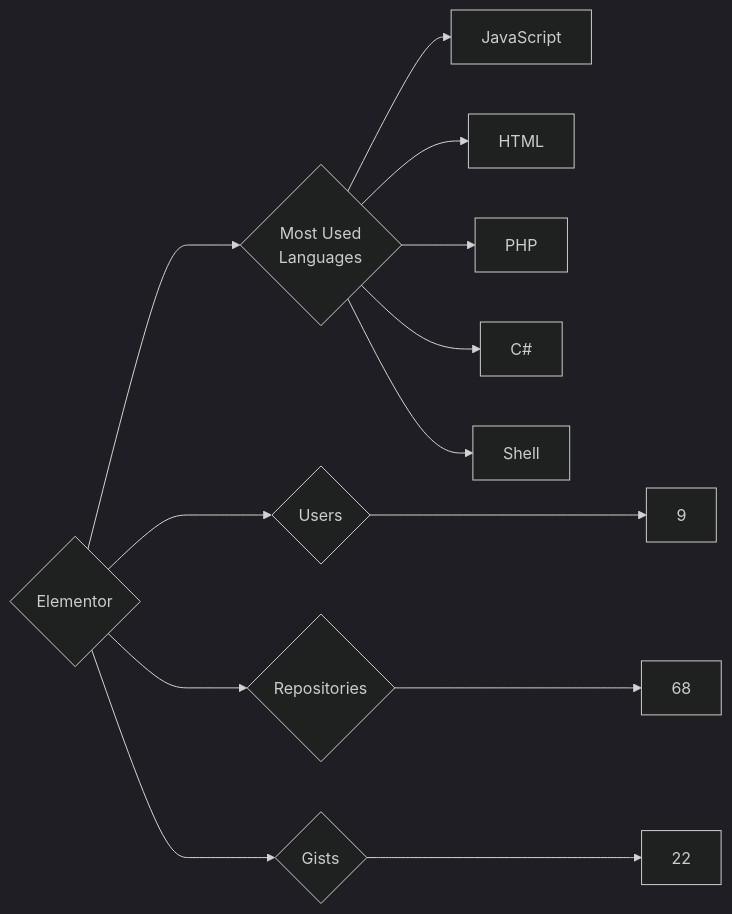
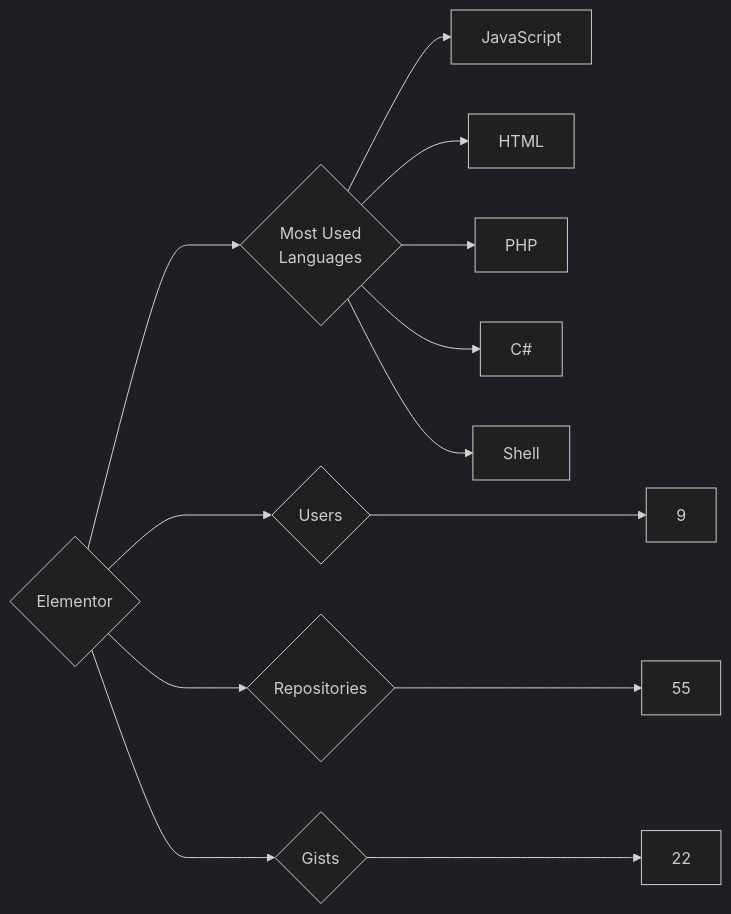
The diagram in targets/Elementor/README.md (trickest/insiders), drawn with Mermaid (dark theme) before and after one commit. The commit also changed 1020 other files, not shown here.

````diff
--- a/targets/Elementor/README.md
+++ b/targets/Elementor/README.md
@@ -3,13 +3,13 @@
 ```mermaid
 graph LR
 COMPANY_NAME{Elementor}
 COMPANY_NAME ---> U{Users} ---> UN[9]
-COMPANY_NAME ---> R{Repositories} ---> RN[68]
+COMPANY_NAME ---> R{Repositories} ---> RN[55]
 COMPANY_NAME ---> G{Gists} ---> GN[22]
 COMPANY_NAME ---> ML{Most Used<br>Languages}
 ML --> JavaScript[JavaScript]
 ML --> HTML[HTML]
 ML --> PHP[PHP]
 ML --> C#[C#]
 ML --> Shell[Shell]
 ```
````
